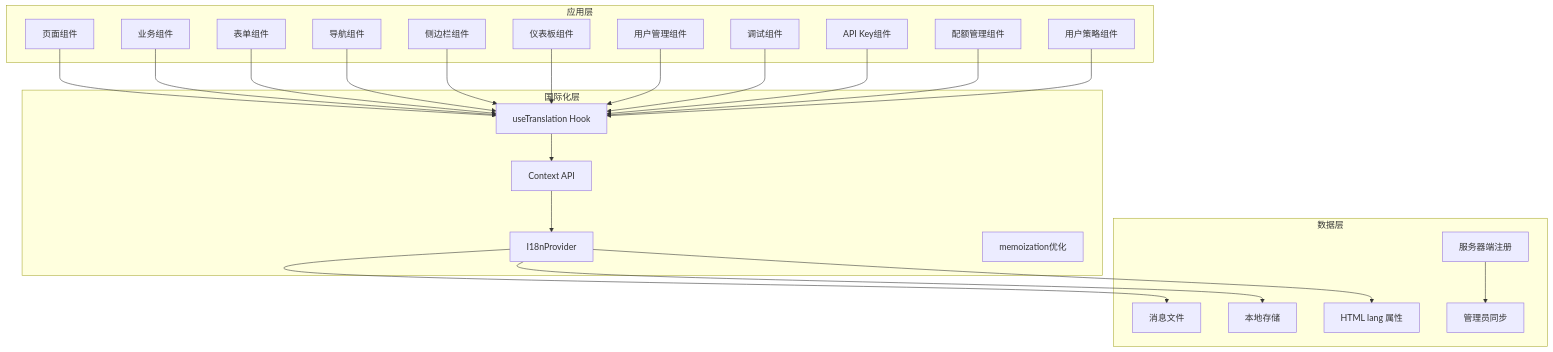
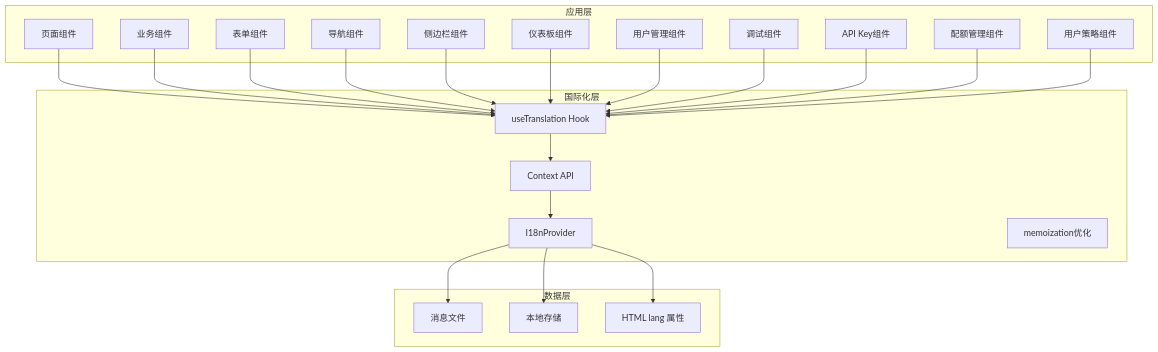
One commit to RadiumAg/AIGate changed the second of 6 diagrams in .qoder/repowiki/zh/content/开发指南/国际化系统.md. Above: the diagram before and after it, drawn with Mermaid. The commit also changed other lines of this file and 2 other files, not shown here.

````diff
--- a/.qoder/repowiki/zh/content/开发指南/国际化系统.md
+++ b/.qoder/repowiki/zh/content/开发指南/国际化系统.md
@@ -193,46 +182,43 @@
 ```mermaid
 graph TD
 subgraph "应用层"
 A[页面组件]
 B[业务组件]
 C[表单组件]
 D[导航组件]
 E[侧边栏组件]
 F[仪表板组件]
 G[用户管理组件]
 H[调试组件]
 I[API Key组件]
 J[配额管理组件]
 K[用户策略组件]
 end
 subgraph "国际化层"
 L[I18nProvider]
 M[useTranslation Hook]
 N[Context API]
 O[memoization优化]
 end
 subgraph "数据层"
 P[消息文件]
 Q[本地存储]
 R[HTML lang 属性]
-S[服务器端注册]
-T[管理员同步]
 end
 A --> M
 B --> M
 C --> M
 D --> M
 E --> M
 F --> M
 G --> M
 H --> M
 I --> M
 J --> M
 K --> M
 M --> N
 N --> L
 L --> P
 L --> Q
 L --> R
-S --> T
 ```
````
